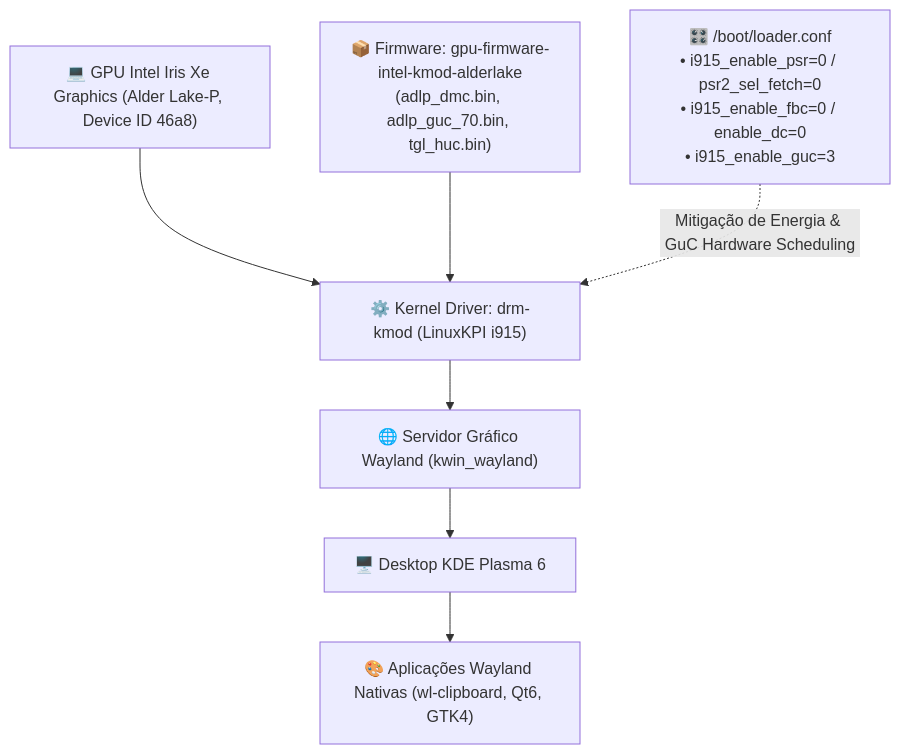
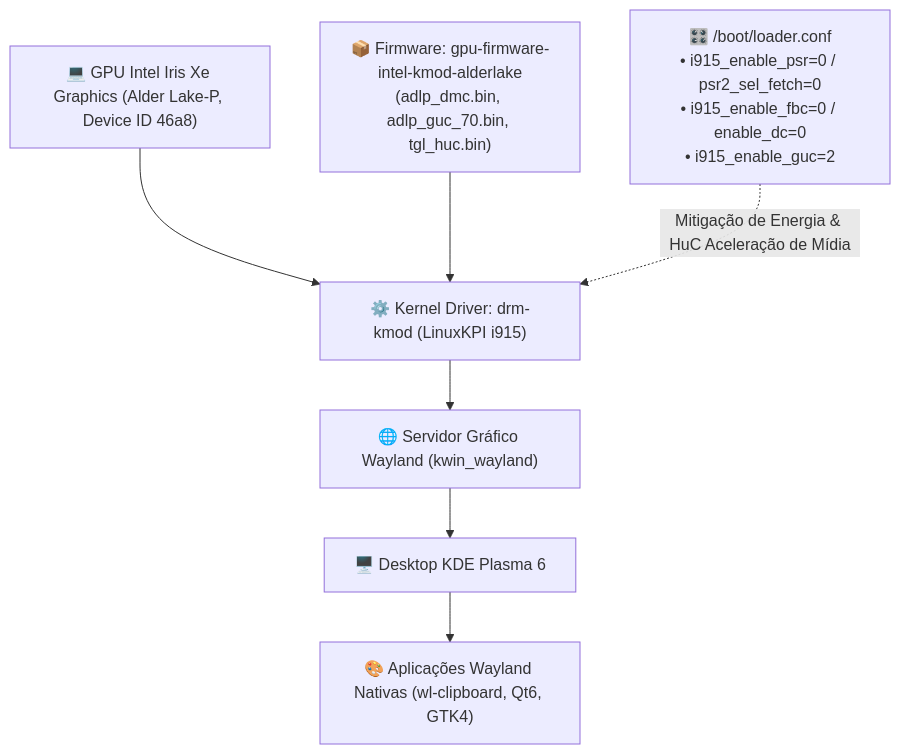
The diagram in docs/freebsd/04-graficos-drm-e-wayland.md (GabrielFrigo4/environment), drawn with Mermaid before and after one commit. The commit also changed other lines of this file and 21 other files, not shown here.

Commit message:
feat: complete TODO roadmap, add freebsd.txt guide, and sync submodules

````diff
--- a/docs/freebsd/04-graficos-drm-e-wayland.md
+++ b/docs/freebsd/04-graficos-drm-e-wayland.md
@@ -13,17 +13,17 @@
 ```mermaid
 flowchart TD
     HW["💻 GPU Intel Iris Xe Graphics (Alder Lake-P, Device ID 46a8)"]
     FW["📦 Firmware: gpu-firmware-intel-kmod-alderlake<br/>(adlp_dmc.bin, adlp_guc_70.bin, tgl_huc.bin)"]
     KMOD["⚙️ Kernel Driver: drm-kmod (LinuxKPI i915)"]
-    LOADER["🎛️ /boot/loader.conf<br/>• i915_enable_psr=0 / psr2_sel_fetch=0<br/>• i915_enable_fbc=0 / enable_dc=0<br/>• i915_enable_guc=3"]
+    LOADER["🎛️ /boot/loader.conf<br/>• i915_enable_psr=0 / psr2_sel_fetch=0<br/>• i915_enable_fbc=0 / enable_dc=0<br/>• i915_enable_guc=2"]
     WAY["🌐 Servidor Gráfico Wayland (kwin_wayland)"]
     PLASMA["🖥️ Desktop KDE Plasma 6"]
     APPS["🎨 Aplicações Wayland Nativas (wl-clipboard, Qt6, GTK4)"]
 
     HW --> KMOD
     FW --> KMOD
-    LOADER -.->|Mitigação de Energia & GuC Hardware Scheduling| KMOD
+    LOADER -.->|Mitigação de Energia & HuC Aceleração de Mídia| KMOD
     KMOD --> WAY
     WAY --> PLASMA
     PLASMA --> APPS
 ```
````
